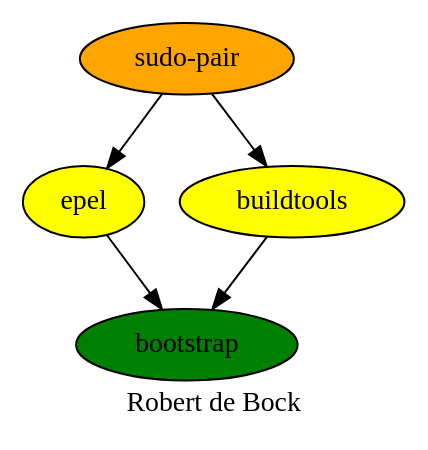
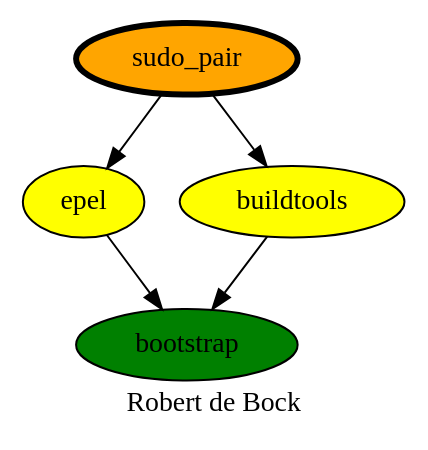
The diagram in sudo-pair.dot (robertdebock/drawings), drawn with Graphviz before and after one commit. The commit also changed 12 other files, not shown here.

```diff
--- a/sudo-pair.dot
+++ b/sudo-pair.dot
@@ -1,12 +1,12 @@
 digraph PhiloDilemma {
   label = "Robert de Bock" ;
   overlap=false
   {
     bootstrap [fillcolor=green style=filled]
     epel [fillcolor=yellow style=filled]
     buildtools [fillcolor=yellow style=filled]
-    "sudo-pair" [fillcolor=orange style=filled]
+    "sudo_pair" [fillcolor=orange style=filled penwidth=3]
   }
   {buildtools epel} -> bootstrap
-  "sudo-pair" -> {buildtools epel}
+  "sudo_pair" -> {buildtools epel}
 }
```
